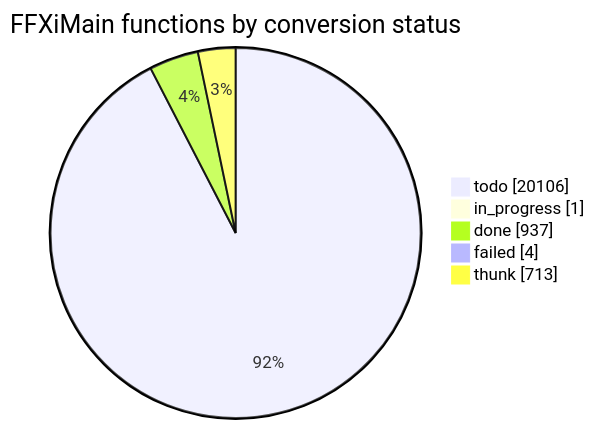
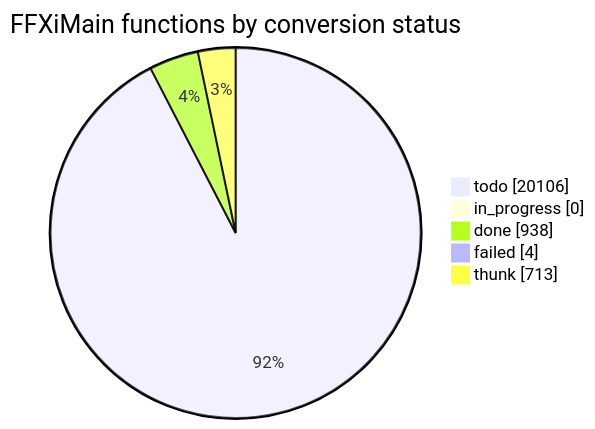
Before and after one commit to cowrevenge/cow_kuluu_xi_anything: the diagram in docs/cow/STATUS.md, drawn with Mermaid. The commit also changed other lines of this file and 9 other files, not shown here.

````diff
--- a/docs/cow/STATUS.md
+++ b/docs/cow/STATUS.md
@@ -18,9 +18,9 @@
 ```mermaid
 pie showData
     title FFXiMain functions by conversion status
     "todo" : 20106
-    "in_progress" : 1
-    "done" : 937
+    "in_progress" : 0
+    "done" : 938
     "failed" : 4
     "thunk" : 713
 ```
````
